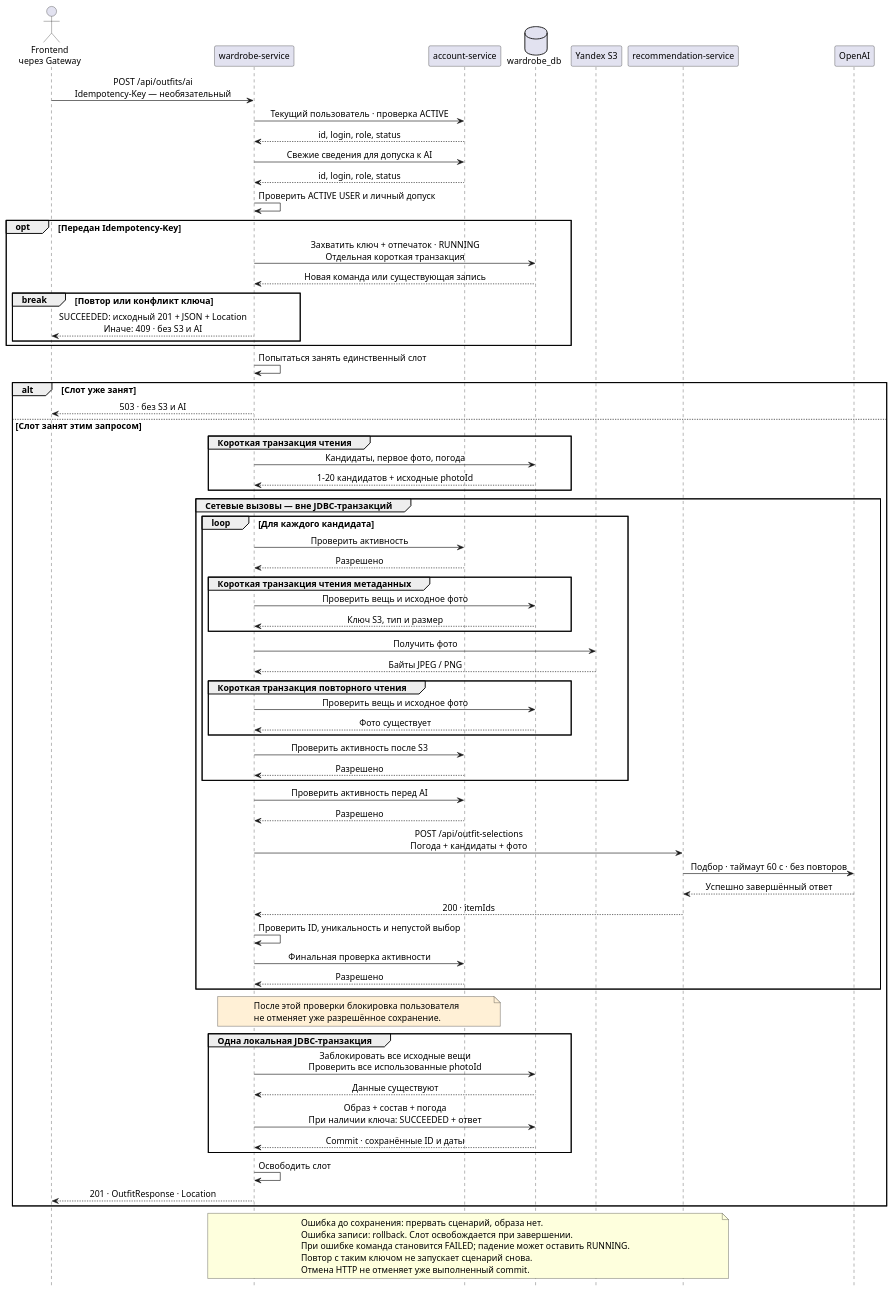
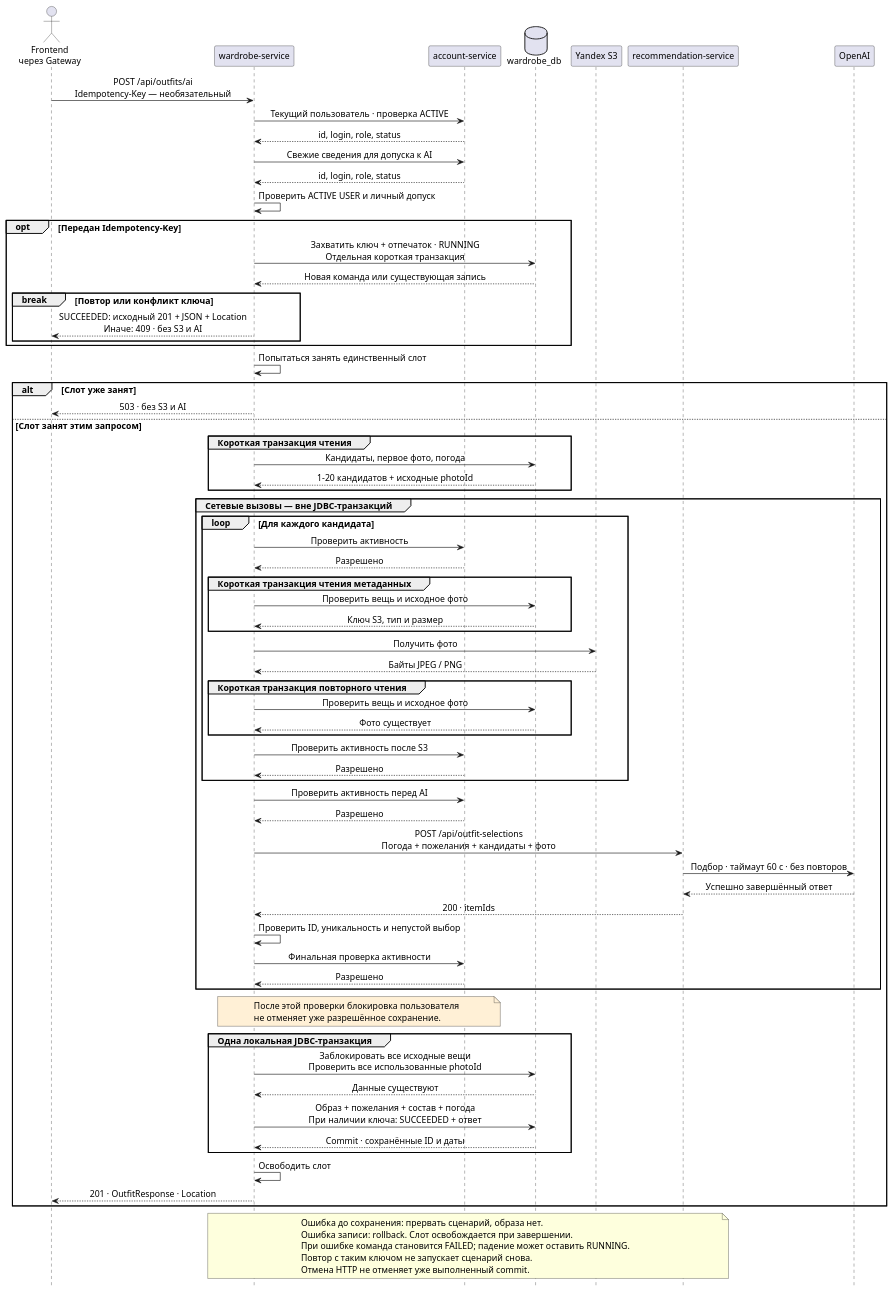
One commit to SimeonGor/clothes-advisor changed the diagram in docs/lab2/diagrams/ai-selection.puml. Above: the diagram before and after it, drawn with PlantUML. The commit also changed 6 other files, not shown here.

```diff
--- a/docs/lab2/diagrams/ai-selection.puml
+++ b/docs/lab2/diagrams/ai-selection.puml
@@ -1,92 +1,92 @@
 @startuml ai-selection
 skinparam backgroundColor #FFFFFF
 skinparam defaultFontName SansSerif
 skinparam defaultFontSize 14
 skinparam shadowing false
 skinparam sequenceMessageAlign center
 skinparam responseMessageBelowArrow true
 hide footbox
 
 actor "Frontend\nчерез Gateway" as client
 participant "wardrobe-service" as wardrobe
 participant "account-service" as account
 database "wardrobe_db" as db
 participant "Yandex S3" as s3
 participant "recommendation-service" as recommendation
 participant "OpenAI" as ai
 
 client -> wardrobe : POST /api/outfits/ai\nIdempotency-Key — необязательный
 wardrobe -> account : Текущий пользователь · проверка ACTIVE
 account --> wardrobe : id, login, role, status
 wardrobe -> account : Свежие сведения для допуска к AI
 account --> wardrobe : id, login, role, status
 wardrobe -> wardrobe : Проверить ACTIVE USER и личный допуск
 
 opt Передан Idempotency-Key
   wardrobe -> db : Захватить ключ + отпечаток · RUNNING\nОтдельная короткая транзакция
   db --> wardrobe : Новая команда или существующая запись
   break Повтор или конфликт ключа
     wardrobe --> client : SUCCEEDED: исходный 201 + JSON + Location\nИначе: 409 · без S3 и AI
   end
 end
 wardrobe -> wardrobe : Попытаться занять единственный слот
 
 alt Слот уже занят
   wardrobe --> client : 503 · без S3 и AI
 else Слот занят этим запросом
   group Короткая транзакция чтения
     wardrobe -> db : Кандидаты, первое фото, погода
     db --> wardrobe : 1–20 кандидатов + исходные photoId
   end
 
   group Сетевые вызовы — вне JDBC-транзакций
     loop Для каждого кандидата
       wardrobe -> account : Проверить активность
       account --> wardrobe : Разрешено
       group Короткая транзакция чтения метаданных
         wardrobe -> db : Проверить вещь и исходное фото
         db --> wardrobe : Ключ S3, тип и размер
       end
       wardrobe -> s3 : Получить фото
       s3 --> wardrobe : Байты JPEG / PNG
       group Короткая транзакция повторного чтения
         wardrobe -> db : Проверить вещь и исходное фото
         db --> wardrobe : Фото существует
       end
       wardrobe -> account : Проверить активность после S3
       account --> wardrobe : Разрешено
     end
     wardrobe -> account : Проверить активность перед AI
     account --> wardrobe : Разрешено
-    wardrobe -> recommendation : POST /api/outfit-selections\nПогода + кандидаты + фото
+    wardrobe -> recommendation : POST /api/outfit-selections\nПогода + пожелания + кандидаты + фото
     recommendation -> ai : Подбор · таймаут 60 с · без повторов
     ai --> recommendation : Успешно завершённый ответ
     recommendation --> wardrobe : 200 · itemIds
     wardrobe -> wardrobe : Проверить ID, уникальность и непустой выбор
     wardrobe -> account : Финальная проверка активности
     account --> wardrobe : Разрешено
   end
 
   note over wardrobe, account #FFF0D6
     После этой проверки блокировка пользователя
     не отменяет уже разрешённое сохранение.
   end note
 
   group Одна локальная JDBC-транзакция
     wardrobe -> db : Заблокировать все исходные вещи\nПроверить все использованные photoId
     db --> wardrobe : Данные существуют
-    wardrobe -> db : Образ + состав + погода\nПри наличии ключа: SUCCEEDED + ответ
+    wardrobe -> db : Образ + пожелания + состав + погода\nПри наличии ключа: SUCCEEDED + ответ
     db --> wardrobe : Commit · сохранённые ID и даты
   end
   wardrobe -> wardrobe : Освободить слот
   wardrobe --> client : 201 · OutfitResponse · Location
 end
 
 note over wardrobe, recommendation
   Ошибка до сохранения: прервать сценарий, образа нет.
   Ошибка записи: rollback. Слот освобождается при завершении.
   При ошибке команда становится FAILED; падение может оставить RUNNING.
   Повтор с таким ключом не запускает сценарий снова.
   Отмена HTTP не отменяет уже выполненный commit.
 end note
 @enduml
```
